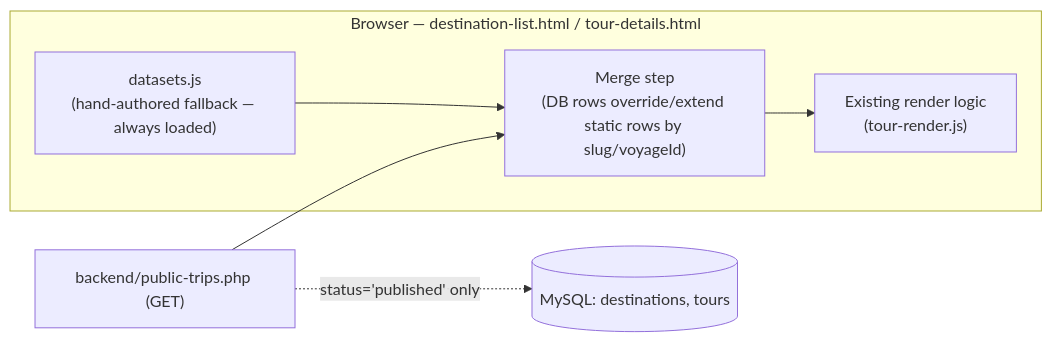
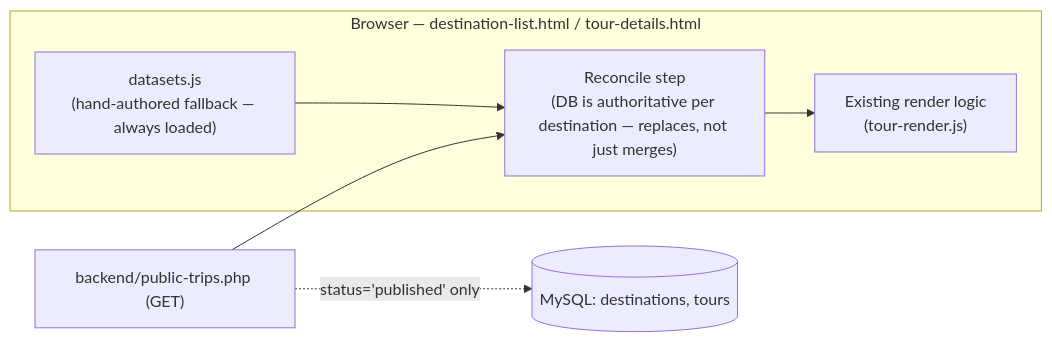
One commit to Kloud141/laughing-octo-doodle changed the first of 4 diagrams in README.md. Above: the diagram before and after it, drawn with Mermaid. The commit also changed other lines of this file, not shown here.

````diff
--- a/README.md
+++ b/README.md
@@ -241,15 +303,15 @@
 ```mermaid
 flowchart LR
     subgraph Browser["Browser — destination-list.html / tour-details.html"]
         STATIC["datasets.js<br/>(hand-authored fallback — always loaded)"]
-        MERGE["Merge step<br/>(DB rows override/extend static rows by slug/voyageId)"]
+        MERGE["Reconcile step<br/>(DB is authoritative per destination — replaces, not just merges)"]
         RENDER["Existing render logic<br/>(tour-render.js)"]
     end
     PHP1["backend/public-trips.php (GET)"]
     DB[("MySQL: destinations, tours")]
 
     STATIC --> MERGE
     PHP1 --> MERGE
     MERGE --> RENDER
     PHP1 -. "status='published' only" .-> DB
 ```
````
